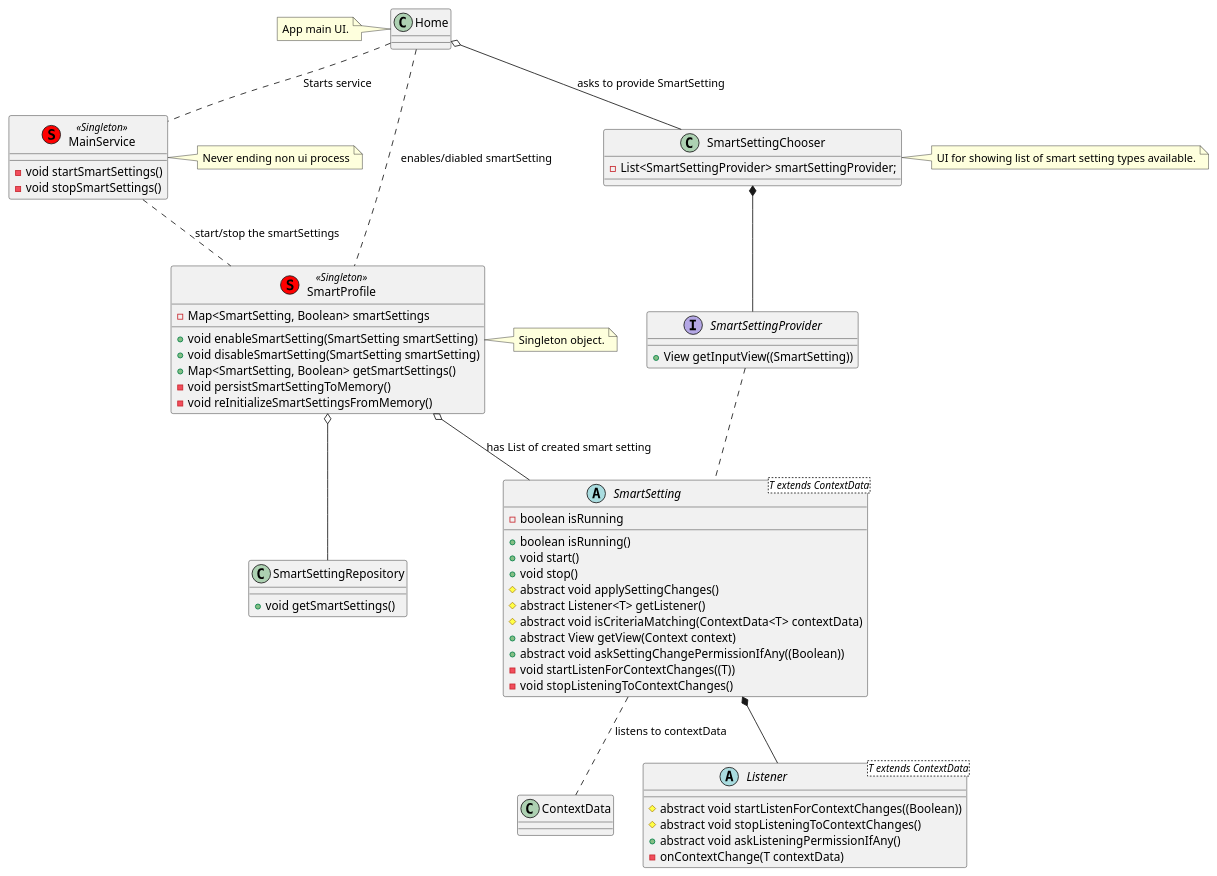
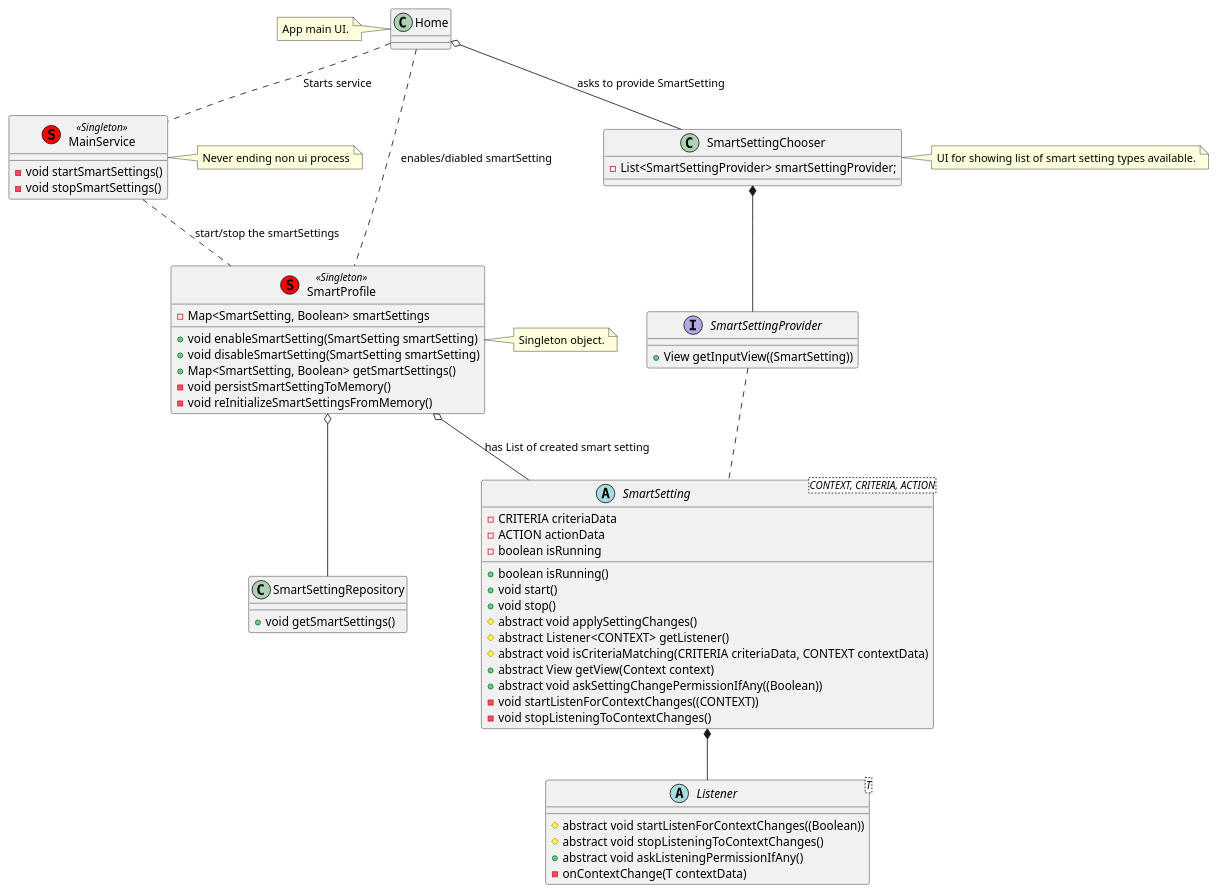
Before and after one commit to praslnx8/SmartSettings: the diagram in MDD/class_diagram.puml, drawn with PlantUML. The commit also changed 6 other files, not shown here.

```diff
--- a/MDD/class_diagram.puml
+++ b/MDD/class_diagram.puml
@@ -1,94 +1,92 @@
 @startuml
 
-class ContextData {
 
-}
-
-abstract class SmartSetting<T extends ContextData> {
+abstract class SmartSetting<CONTEXT, CRITERIA, ACTION> {
+    - CRITERIA criteriaData
+    - ACTION actionData
     - boolean isRunning
     + boolean isRunning()
     + void start()
     + void stop()
     # abstract void applySettingChanges()
-    # abstract Listener<T> getListener()
-    # abstract void isCriteriaMatching(ContextData<T> contextData)
+    # abstract Listener<CONTEXT> getListener()
+    # abstract void isCriteriaMatching(CRITERIA criteriaData, CONTEXT contextData)
     + abstract View getView(Context context)
     + abstract void askSettingChangePermissionIfAny((Boolean))
-    - void startListenForContextChanges((T))
+    - void startListenForContextChanges((CONTEXT))
     - void stopListeningToContextChanges()
 }
 
-abstract class Listener<T extends ContextData> {
+abstract class Listener<T> {
     # abstract void startListenForContextChanges((Boolean))
     # abstract void stopListeningToContextChanges()
     + abstract void askListeningPermissionIfAny()
     - onContextChange(T contextData)
 }
 
 SmartSetting *-- Listener
 
-SmartSetting .. ContextData : listens to contextData
 
 interface SmartSettingProvider {
     + View getInputView((SmartSetting))
 }
 
 SmartSettingProvider .. SmartSetting
 
 class SmartProfile <<(S,red) Singleton>> {
     - Map<SmartSetting, Boolean> smartSettings
     + void enableSmartSetting(SmartSetting smartSetting)
     + void disableSmartSetting(SmartSetting smartSetting)
     + Map<SmartSetting, Boolean> getSmartSettings()
     - void persistSmartSettingToMemory()
     - void reInitializeSmartSettingsFromMemory()
 }
 
 note right of SmartProfile
 Singleton object.
 end note
 
 SmartProfile o-- SmartSetting : has List of created smart setting
 
 class SmartSettingChooser {
     - List<SmartSettingProvider> smartSettingProvider;
 }
 
 note right of SmartSettingChooser
 UI for showing list of smart setting types available.
 end note
 
 SmartSettingChooser *-- SmartSettingProvider
 
 
 class Home {
 
 }
 
 note left of Home {
     App main UI.
 }
 
 Home .. SmartProfile : enables/diabled smartSetting
 Home o-- SmartSettingChooser : asks to provide SmartSetting
 
 class MainService<<(S,red) Singleton>> {
     - void startSmartSettings()
     - void stopSmartSettings()
 }
 
 note left of MainService
 Never ending non ui process
 end note
 
 MainService .. SmartProfile : start/stop the smartSettings
 
 Home .. MainService : Starts service
 
 class SmartSettingRepository {
     + void getSmartSettings()
 }
 
 SmartProfile o-- SmartSettingRepository
 
 @enduml
```
